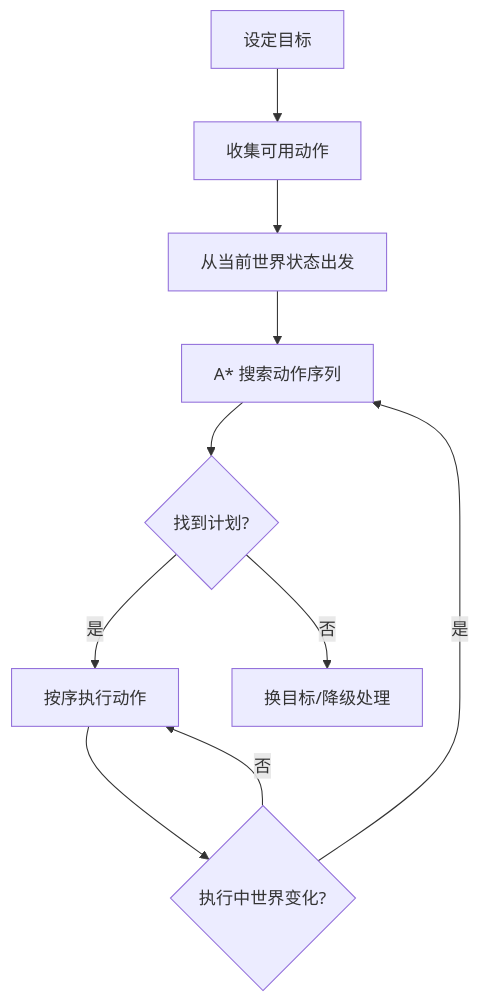
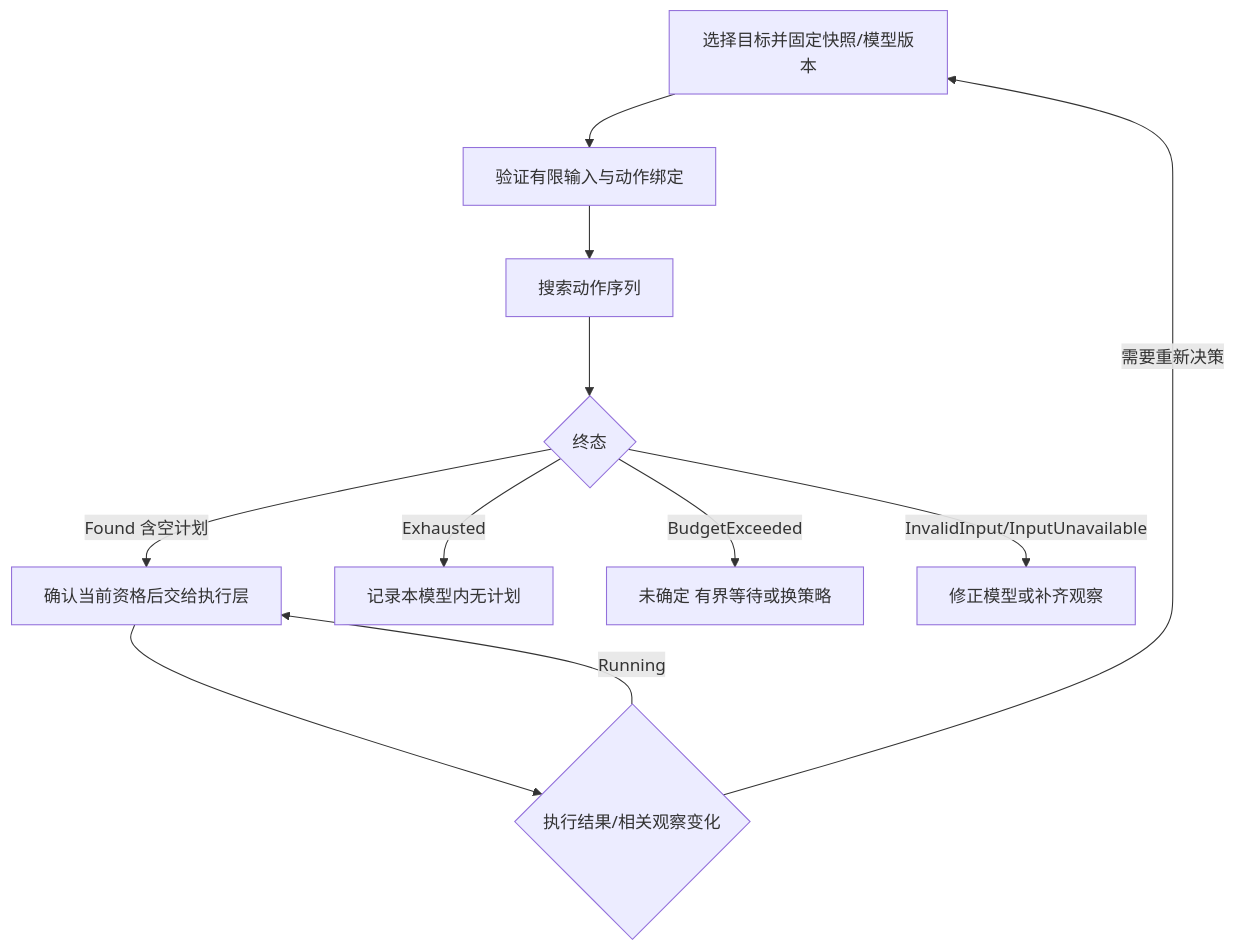
One commit to fantuan812/learning changed the second of 4 diagrams in 知识/06-游戏AI/感知决策与行为规划/04-Utility与GOAP.md. Above: the diagram before and after it, drawn with Mermaid. The commit also changed other lines of this file and 1 other file, not shown here.

````diff
--- a/知识/06-游戏AI/感知决策与行为规划/04-Utility与GOAP.md
+++ b/知识/06-游戏AI/感知决策与行为规划/04-Utility与GOAP.md
@@ -207,12 +207,13 @@
 ```mermaid
 flowchart TD
-    A[设定目标] --> B[收集可用动作]
-    B --> C[从当前世界状态出发]
-    C --> D[A* 搜索动作序列]
-    D --> E{找到计划?}
-    E -->|是| F[按序执行动作]
-    E -->|否| G[换目标/降级处理]
-    F --> H{执行中世界变化?}
-    H -->|是| D
-    H -->|否| F
+    A[选择目标并固定快照/模型版本] --> B[验证有限输入与动作绑定]
+    B --> C[搜索动作序列]
+    C --> D{终态}
+    D -->|Found 含空计划| E[确认当前资格后交给执行层]
+    D -->|Exhausted| F[记录本模型内无计划]
+    D -->|BudgetExceeded| G[未确定 有界等待或换策略]
+    D -->|InvalidInput/InputUnavailable| H[修正模型或补齐观察]
+    E --> I{执行结果/相关观察变化}
+    I -->|需要重新决策| A
+    I -->|Running| E
 ```
````
